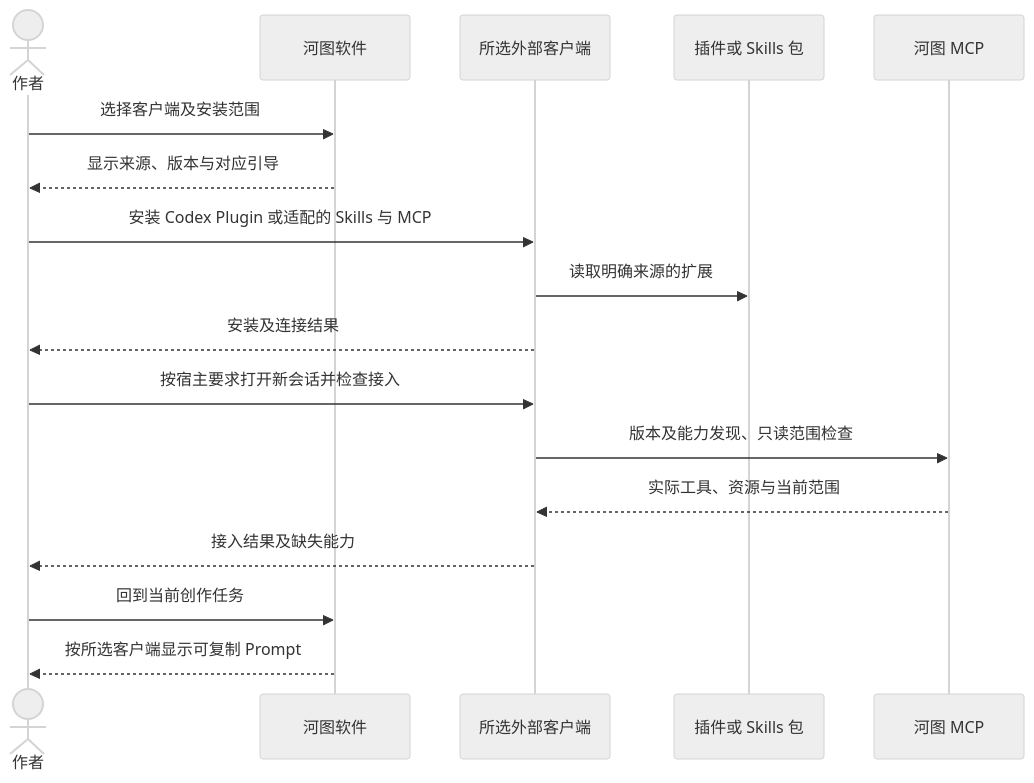
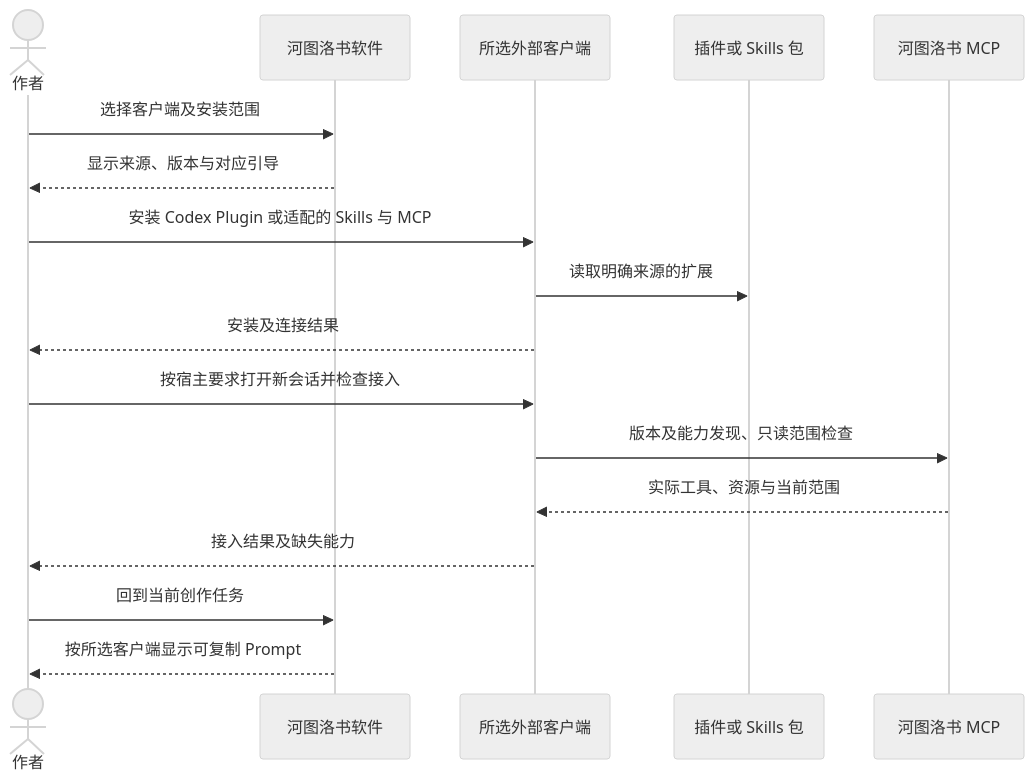
The fifth of 35 diagrams in docs/23-业务流程与MCP时序.md (limecloud/hetu), drawn with Mermaid (neutral theme) before and after one commit. The commit also changed other lines of this file and 156 other files, not shown here.

````diff
--- a/docs/23-业务流程与MCP时序.md
+++ b/docs/23-业务流程与MCP时序.md
@@ -123,19 +124,19 @@
 ```mermaid
 sequenceDiagram
     actor author as 作者
-    participant desktop as 河图软件
+    participant desktop as 河图洛书软件
     participant host as 所选外部客户端
     participant package as 插件或 Skills 包
-    participant server as 河图 MCP
+    participant server as 河图洛书 MCP
     author->>desktop: 选择客户端及安装范围
     desktop-->>author: 显示来源、版本与对应引导
     author->>host: 安装 Codex Plugin 或适配的 Skills 与 MCP
     host->>package: 读取明确来源的扩展
     host-->>author: 安装及连接结果
     author->>host: 按宿主要求打开新会话并检查接入
     host->>server: 版本及能力发现、只读范围检查
     server-->>host: 实际工具、资源与当前范围
     host-->>author: 接入结果及缺失能力
     author->>desktop: 回到当前创作任务
     desktop-->>author: 按所选客户端显示可复制 Prompt
 ```
````
